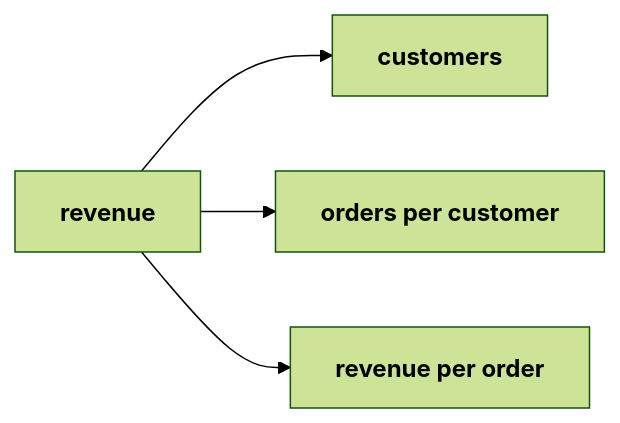
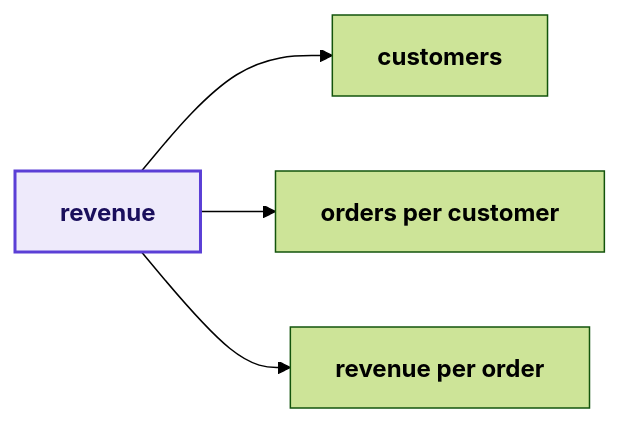
Before and after one commit to fde-academy-lab/c2-content-factory: the third of 26 diagrams in content/W02/D5/slides/C2_W02_D05_half1_STUDENT.md, drawn with Mermaid (forest theme). The commit also changed other lines of this file and 5 other files, not shown here.

````diff
--- a/content/W02/D5/slides/C2_W02_D05_half1_STUDENT.md
+++ b/content/W02/D5/slides/C2_W02_D05_half1_STUDENT.md
@@ -146,7 +153,8 @@
 ```mermaid
 flowchart LR
     R["<b>revenue</b>"] --> C["<b>customers</b>"]
     R --> F["<b>orders per customer</b>"]
     R --> O["<b>revenue per order</b>"]
-    classDef known fill:#EEEAFB,stroke:#5B3FD6,color:#1A0F5C
+    classDef known fill:#EEEAFB,stroke:#5B3FD6,color:#1A0F5C,stroke-width:2px
+    class R known
 ```
````
